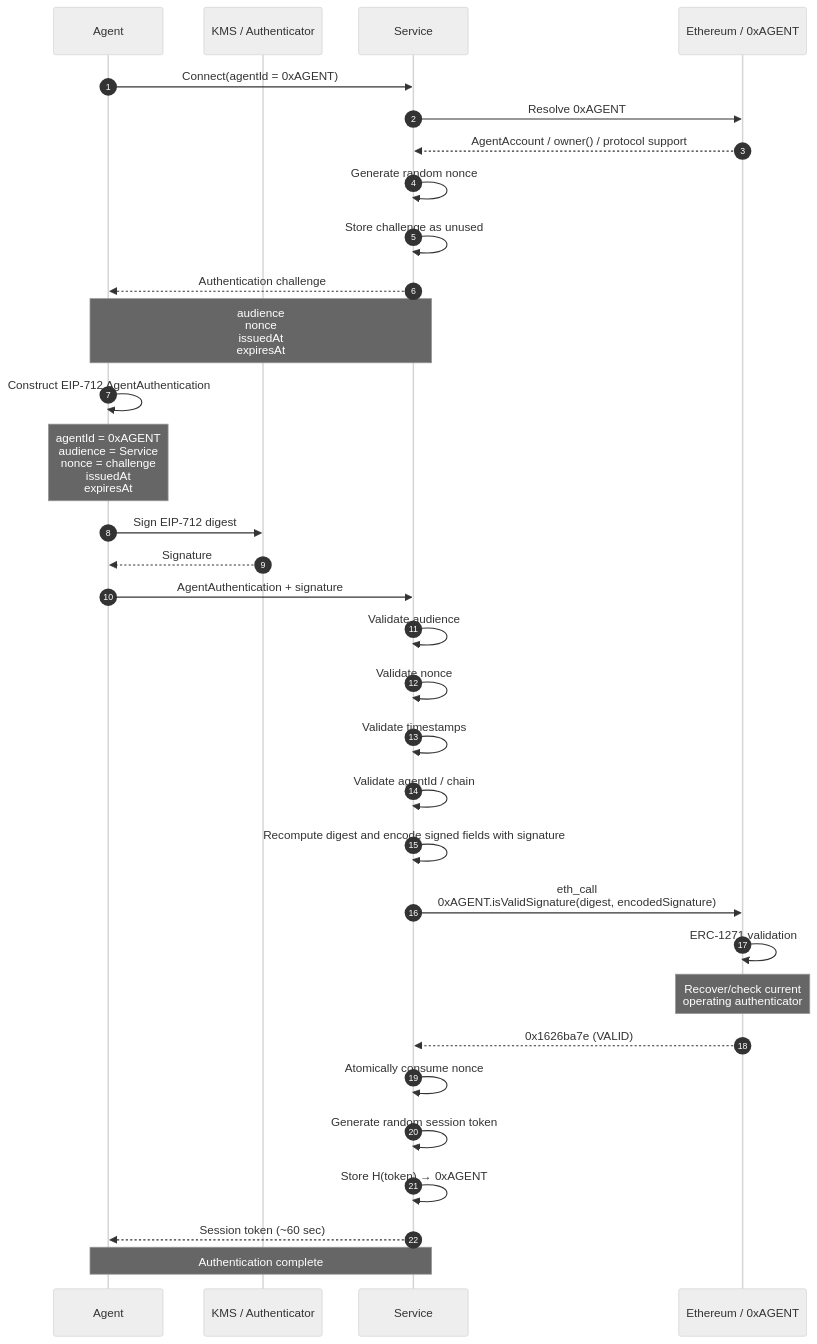
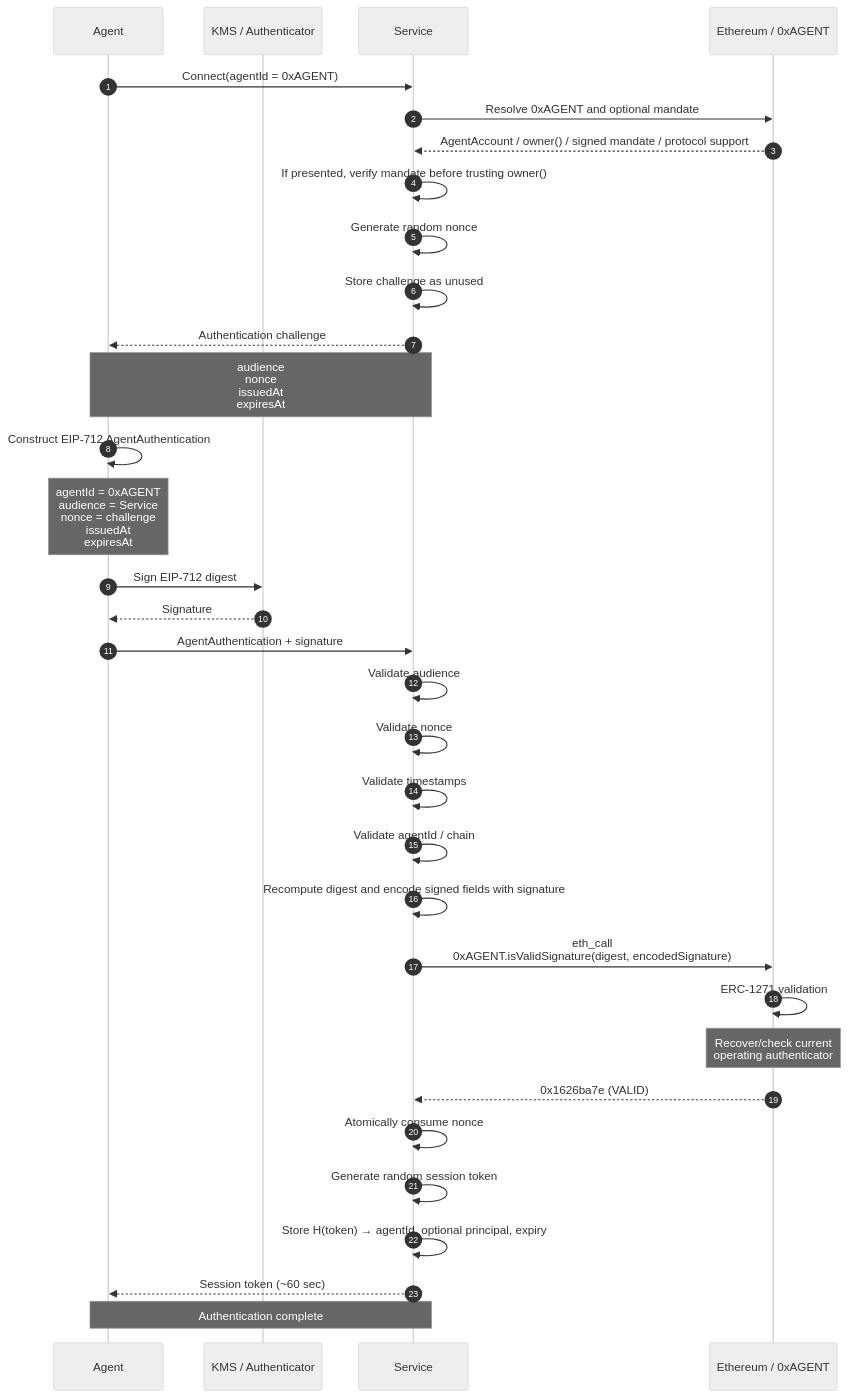
One commit to ryuux05/eth-tokyo-2026 changed the second of 3 diagrams in docs/PROTOCOL.md. Above: the diagram before and after it, drawn with Mermaid (neutral theme). The commit also changed other lines of this file and 2 other files, not shown here.

Commit message:
Document agent identity and user mandate model

````diff
--- a/docs/PROTOCOL.md
+++ b/docs/PROTOCOL.md
@@ -88,48 +95,49 @@
 ```mermaid
 sequenceDiagram
     autonumber
 
     participant A as Agent
     participant K as KMS / Authenticator
     participant S as Service
     participant E as Ethereum / 0xAGENT
 
     A->>S: Connect(agentId = 0xAGENT)
 
-    S->>E: Resolve 0xAGENT
-    E-->>S: AgentAccount / owner() / protocol support
+    S->>E: Resolve 0xAGENT and optional mandate
+    E-->>S: AgentAccount / owner() / signed mandate / protocol support
+    S->>S: If presented, verify mandate before trusting owner()
 
     S->>S: Generate random nonce
     S->>S: Store challenge as unused
 
     S-->>A: Authentication challenge
     Note over A,S: audience<br/>nonce<br/>issuedAt<br/>expiresAt
 
     A->>A: Construct EIP-712 AgentAuthentication
     Note over A: agentId = 0xAGENT<br/>audience = Service<br/>nonce = challenge<br/>issuedAt<br/>expiresAt
 
     A->>K: Sign EIP-712 digest
     K-->>A: Signature
 
     A->>S: AgentAuthentication + signature
 
     S->>S: Validate audience
     S->>S: Validate nonce
     S->>S: Validate timestamps
     S->>S: Validate agentId / chain
     S->>S: Recompute digest and encode signed fields with signature
 
     S->>E: eth_call<br/>0xAGENT.isValidSignature(digest, encodedSignature)
 
     E->>E: ERC-1271 validation
     Note over E: Recover/check current<br/>operating authenticator
 
     E-->>S: 0x1626ba7e (VALID)
 
     S->>S: Atomically consume nonce
     S->>S: Generate random session token
-    S->>S: Store H(token) → 0xAGENT
+    S->>S: Store H(token) → agentId, optional principal, expiry
     S-->>A: Session token (~60 sec)
 
     Note over A,S: Authentication complete
 ```
````
